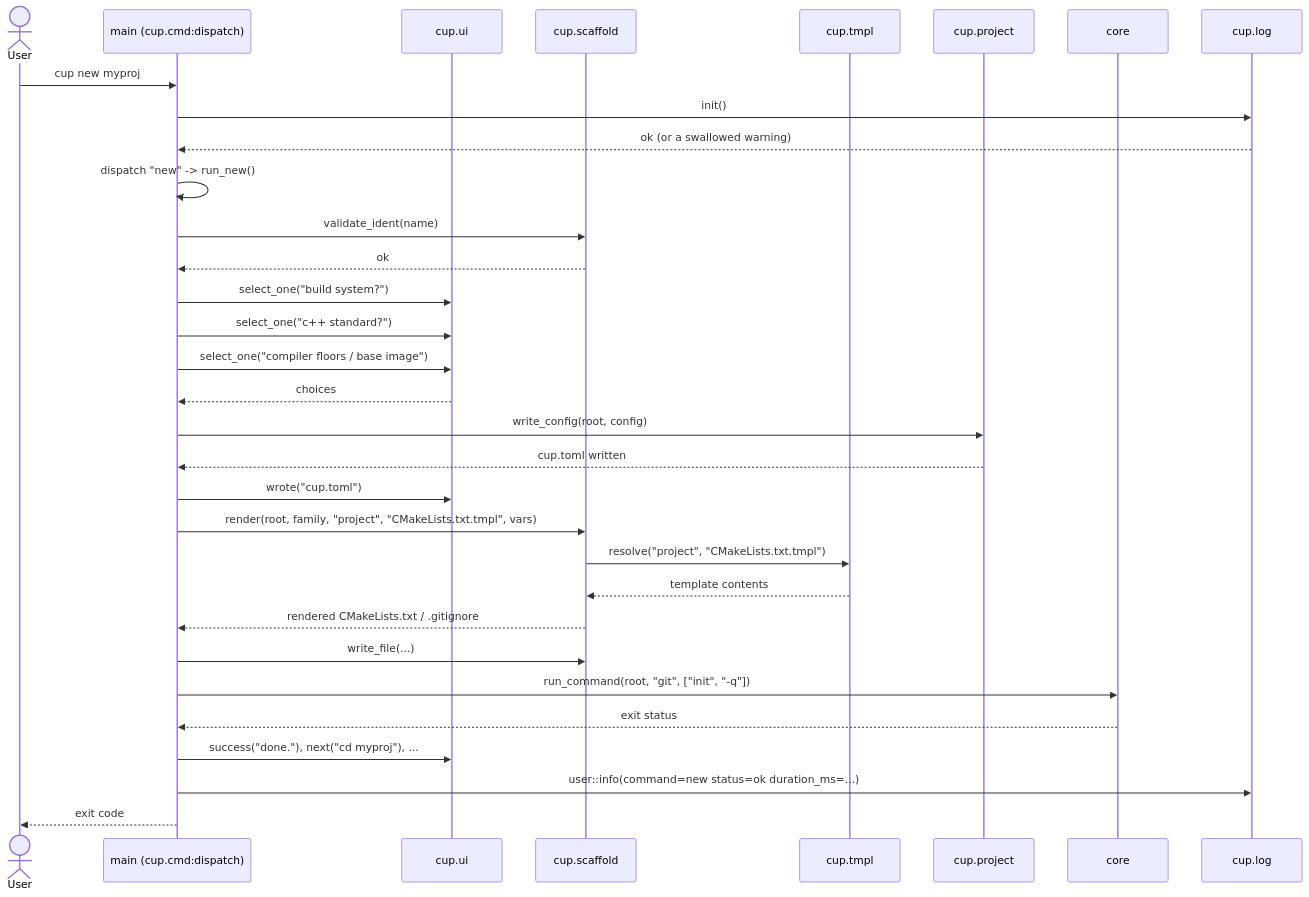
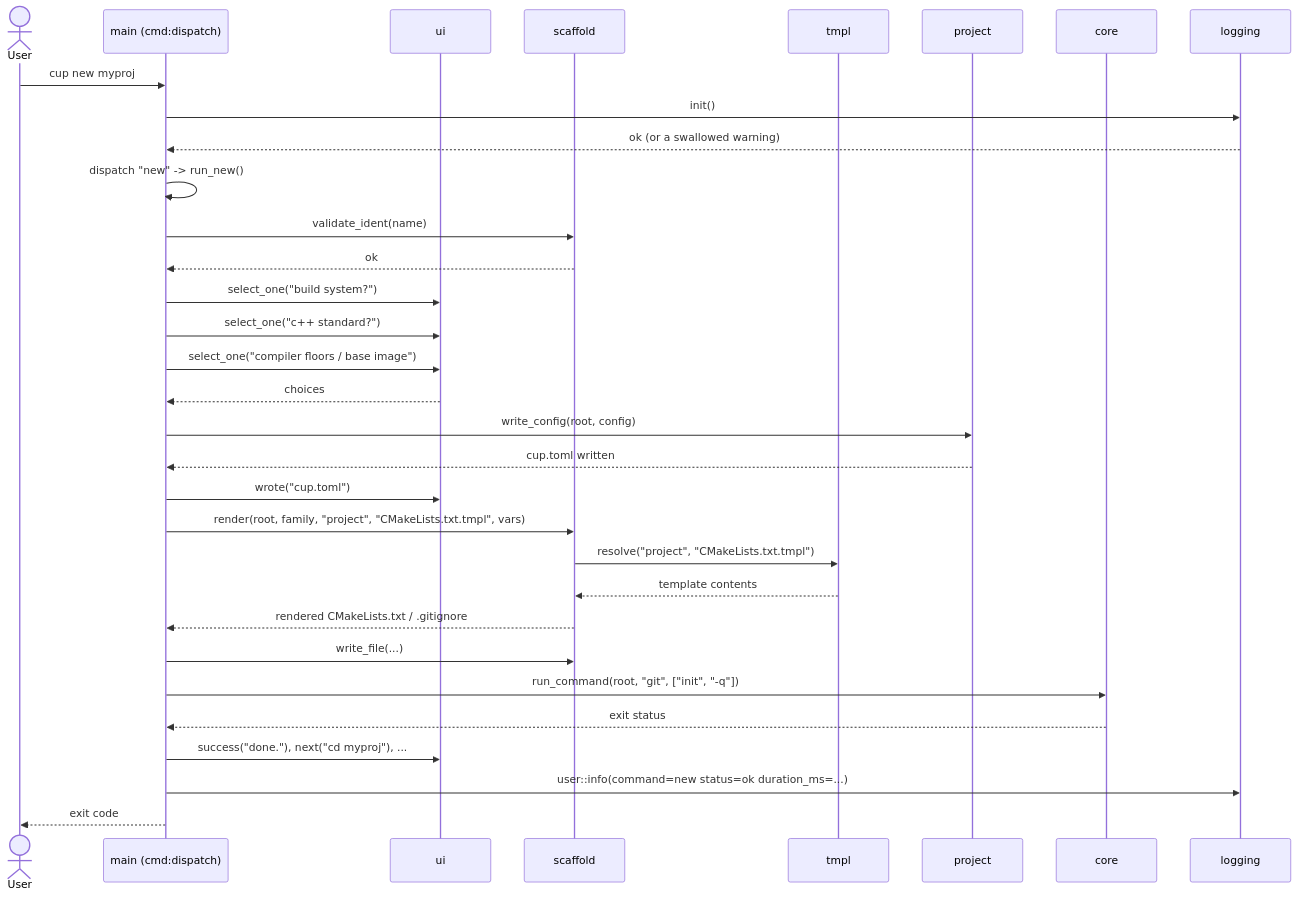
Before and after one commit to DrHurel/cup: the second of 2 diagrams in README.md, drawn with Mermaid. The commit also changed other lines of this file and 196 other files, not shown here.

````diff
--- a/README.md
+++ b/README.md
@@ -354,41 +357,41 @@
 ```mermaid
 sequenceDiagram
     actor User
-    participant main as main (cup.cmd:dispatch)
-    participant ui as cup.ui
-    participant scaffold as cup.scaffold
-    participant tmpl as cup.tmpl
-    participant project as cup.project
+    participant main as main (cmd:dispatch)
+    participant ui as ui
+    participant scaffold as scaffold
+    participant tmpl as tmpl
+    participant project as project
     participant platform as core
-    participant log as cup.log
+    participant log as logging
 
     User->>main: cup new myproj
     main->>log: init()
     log-->>main: ok (or a swallowed warning)
     main->>main: dispatch "new" -> run_new()
 
     main->>scaffold: validate_ident(name)
     scaffold-->>main: ok
 
     main->>ui: select_one("build system?")
     main->>ui: select_one("c++ standard?")
     main->>ui: select_one("compiler floors / base image")
     ui-->>main: choices
 
     main->>project: write_config(root, config)
     project-->>main: cup.toml written
     main->>ui: wrote("cup.toml")
 
     main->>scaffold: render(root, family, "project", "CMakeLists.txt.tmpl", vars)
     scaffold->>tmpl: resolve("project", "CMakeLists.txt.tmpl")
     tmpl-->>scaffold: template contents
     scaffold-->>main: rendered CMakeLists.txt / .gitignore
     main->>scaffold: write_file(...)
 
     main->>platform: run_command(root, "git", ["init", "-q"])
     platform-->>main: exit status
     main->>ui: success("done."), next("cd myproj"), ...
 
     main->>log: user::info(command=new status=ok duration_ms=...)
     main-->>User: exit code
 ```
````
